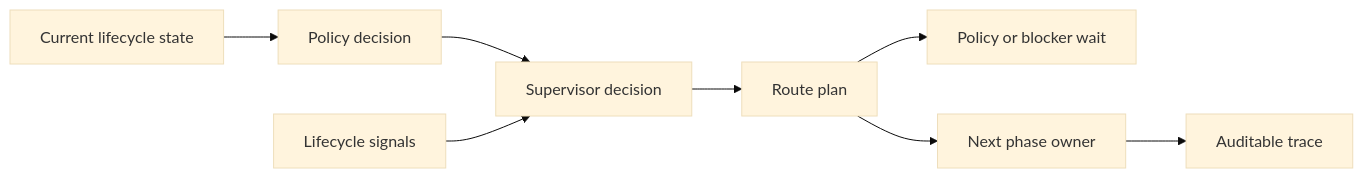
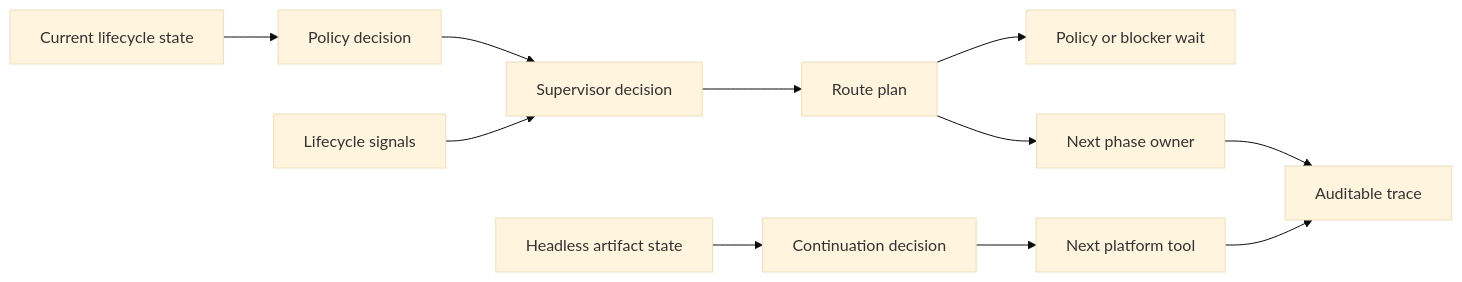
The diagram in packages/supervisor/README.md (VannaDii/ironloom), drawn with Mermaid (base theme) before and after one commit. The commit also changed other lines of this file and 25 other files, not shown here.

First line of the commit message:
feat: add headless lifecycle continuation (#71)

````diff
--- a/packages/supervisor/README.md
+++ b/packages/supervisor/README.md
@@ -15,10 +22,13 @@
 ```mermaid
 flowchart LR
   State[Current lifecycle state] --> Policy[Policy decision]
   Policy --> Decision[Supervisor decision]
   Signals[Lifecycle signals] --> Decision
   Decision --> Route[Route plan]
   Route --> Blocked[Policy or blocker wait]
   Route --> Next[Next phase owner]
   Next --> Trace[Auditable trace]
+  Artifacts[Headless artifact state] --> Continue[Continuation decision]
+  Continue --> Tool[Next platform tool]
+  Tool --> Trace
 ```
````
